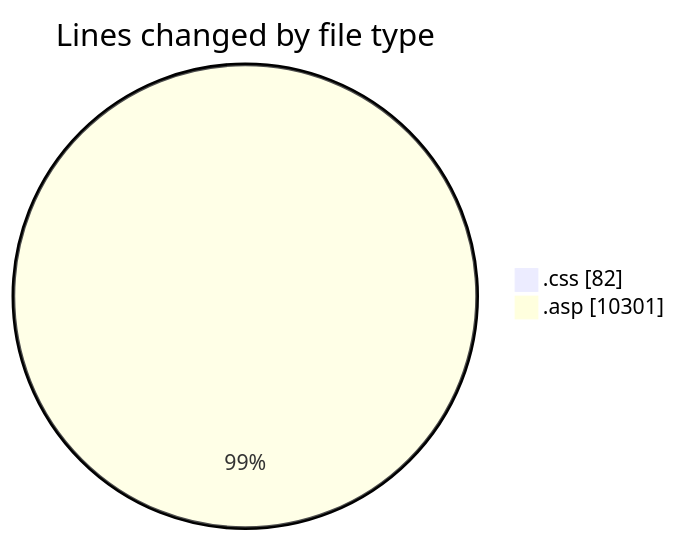
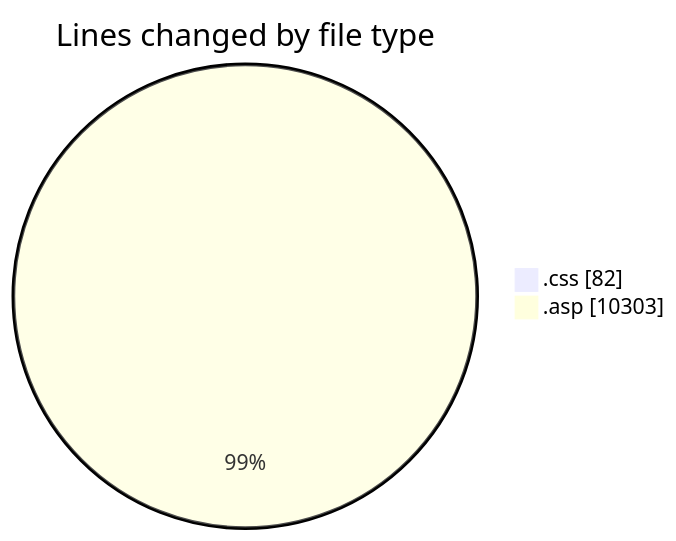
Before and after one commit to julien-gomy/code-tracking: the first of 2 diagrams in 2025-11-16/cdp_aleoudev_fr__workspace_/README.md, drawn with Mermaid. The commit also changed other lines of this file and 1 other file, not shown here.

````diff
--- a/2025-11-16/cdp_aleoudev_fr__workspace_/README.md
+++ b/2025-11-16/cdp_aleoudev_fr__workspace_/README.md
@@ -34,6 +34,6 @@
 ```mermaid
 pie showData
 title Lines changed by file type
 ".css" : 82
-".asp" : 10301
+".asp" : 10303
 ```
````
